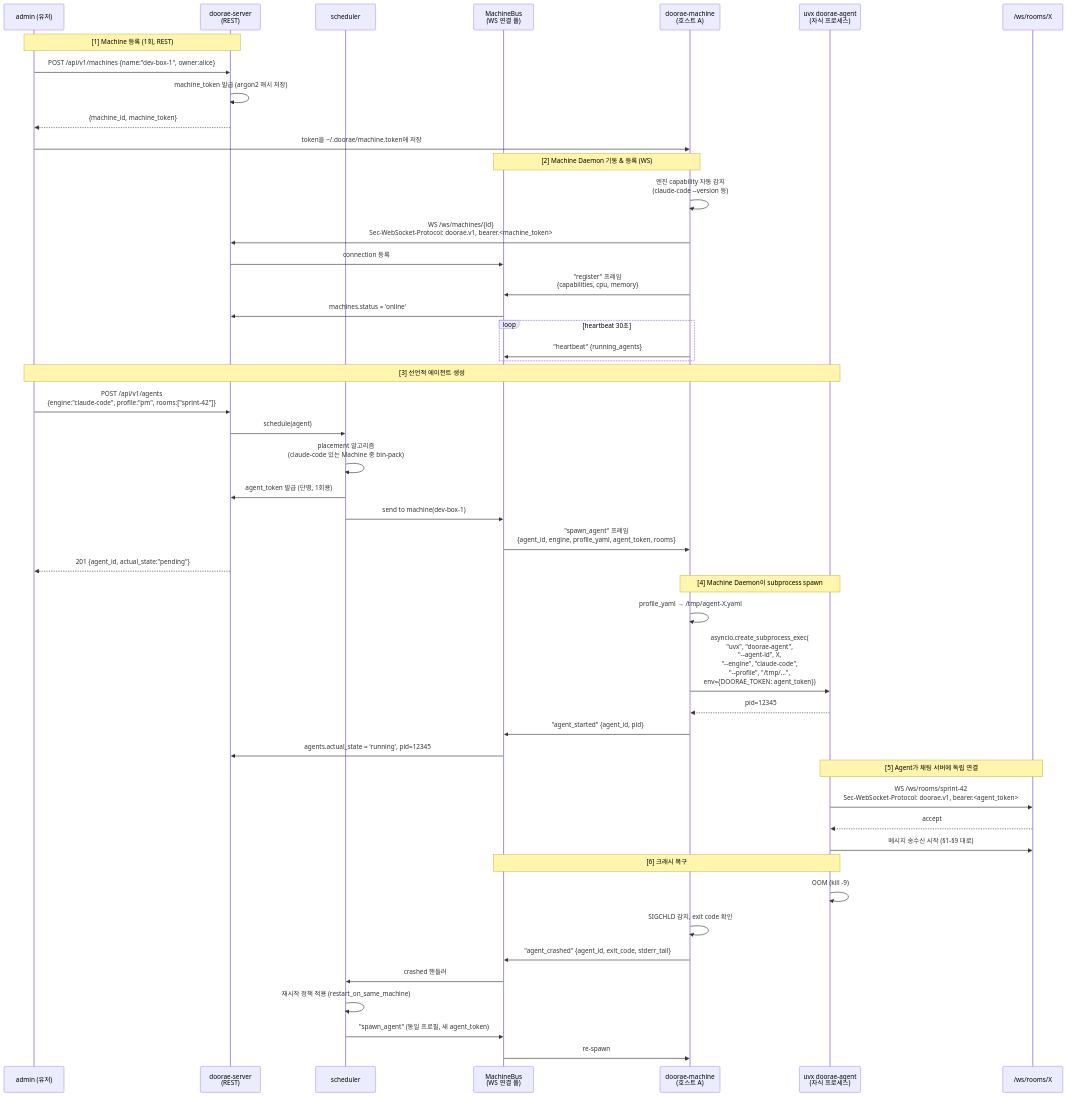
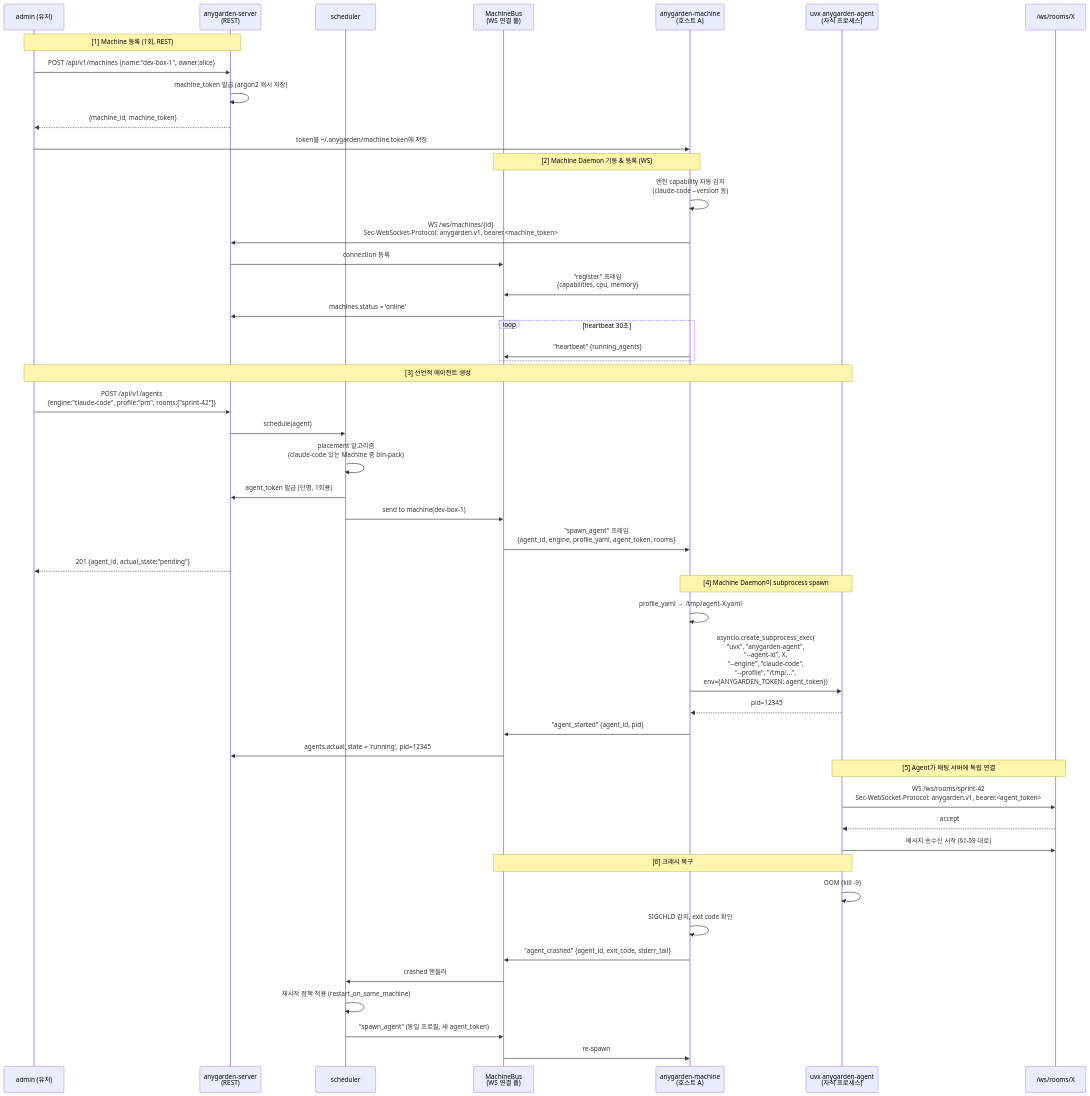
Before and after one commit to e7217/anygarden: the diagram in docs/design/10-machine-scheduler.md, drawn with Mermaid. The commit also changed other lines of this file and 544 other files, not shown here.

First line of the commit message:
chore: rebrand doorae → anygarden across the codebase (#394)

````diff
--- a/docs/design/10-machine-scheduler.md
+++ b/docs/design/10-machine-scheduler.md
@@ -58,56 +58,56 @@
 ```mermaid
 sequenceDiagram
     participant Admin as admin (유저)
-    participant API as doorae-server<br/>(REST)
+    participant API as anygarden-server<br/>(REST)
     participant Sched as scheduler
     participant Bus as MachineBus<br/>(WS 연결 풀)
-    participant MachineD as doorae-machine<br/>(호스트 A)
-    participant Proc as uvx doorae-agent<br/>(자식 프로세스)
+    participant MachineD as anygarden-machine<br/>(호스트 A)
+    participant Proc as uvx anygarden-agent<br/>(자식 프로세스)
     participant WSRoom as /ws/rooms/X
 
     Note over Admin,API: [1] Machine 등록 (1회, REST)
     Admin->>API: POST /api/v1/machines {name:"dev-box-1", owner:alice}
     API->>API: machine_token 발급 (argon2 해시 저장)
     API-->>Admin: {machine_id, machine_token}
-    Admin->>MachineD: token을 ~/.doorae/machine.token에 저장
+    Admin->>MachineD: token을 ~/.anygarden/machine.token에 저장
 
     Note over MachineD,Bus: [2] Machine Daemon 기동 & 등록 (WS)
     MachineD->>MachineD: 엔진 capability 자동 감지<br/>(claude-code --version 등)
-    MachineD->>API: WS /ws/machines/{id}<br/>Sec-WebSocket-Protocol: doorae.v1, bearer.<machine_token>
+    MachineD->>API: WS /ws/machines/{id}<br/>Sec-WebSocket-Protocol: anygarden.v1, bearer.<machine_token>
     API->>Bus: connection 등록
     MachineD->>Bus: "register" 프레임<br/>{capabilities, cpu, memory}
     Bus->>API: machines.status = 'online'
     loop heartbeat 30초
         MachineD->>Bus: "heartbeat" {running_agents}
     end
 
     Note over Admin,Proc: [3] 선언적 에이전트 생성
     Admin->>API: POST /api/v1/agents<br/>{engine:"claude-code", profile:"pm", rooms:["sprint-42"]}
     API->>Sched: schedule(agent)
     Sched->>Sched: placement 알고리즘<br/>(claude-code 있는 Machine 중 bin-pack)
     Sched->>API: agent_token 발급 (단명, 1회용)
     Sched->>Bus: send to machine(dev-box-1)
     Bus->>MachineD: "spawn_agent" 프레임<br/>{agent_id, engine, profile_yaml, agent_token, rooms}
     API-->>Admin: 201 {agent_id, actual_state:"pending"}
 
     Note over MachineD,Proc: [4] Machine Daemon이 subprocess spawn
     MachineD->>MachineD: profile_yaml → /tmp/agent-X.yaml
-    MachineD->>Proc: asyncio.create_subprocess_exec(<br/>"uvx", "doorae-agent",<br/>"--agent-id", X,<br/>"--engine", "claude-code",<br/>"--profile", "/tmp/...",<br/>env={DOORAE_TOKEN: agent_token})
+    MachineD->>Proc: asyncio.create_subprocess_exec(<br/>"uvx", "anygarden-agent",<br/>"--agent-id", X,<br/>"--engine", "claude-code",<br/>"--profile", "/tmp/...",<br/>env={ANYGARDEN_TOKEN: agent_token})
     Proc-->>MachineD: pid=12345
     MachineD->>Bus: "agent_started" {agent_id, pid}
     Bus->>API: agents.actual_state = 'running', pid=12345
 
     Note over Proc,WSRoom: [5] Agent가 채팅 서버에 독립 연결
-    Proc->>WSRoom: WS /ws/rooms/sprint-42<br/>Sec-WebSocket-Protocol: doorae.v1, bearer.<agent_token>
+    Proc->>WSRoom: WS /ws/rooms/sprint-42<br/>Sec-WebSocket-Protocol: anygarden.v1, bearer.<agent_token>
     WSRoom-->>Proc: accept
     Proc->>WSRoom: 메시지 송수신 시작 (§1-§9 대로)
 
     Note over Proc,Bus: [6] 크래시 복구
     Proc->>Proc: OOM (kill -9)
     MachineD->>MachineD: SIGCHLD 감지, exit code 확인
     MachineD->>Bus: "agent_crashed" {agent_id, exit_code, stderr_tail}
     Bus->>Sched: crashed 핸들러
     Sched->>Sched: 재시작 정책 적용 (restart_on_same_machine)
     Sched->>Bus: "spawn_agent" (동일 프로필, 새 agent_token)
     Bus->>MachineD: re-spawn
 ```
````
